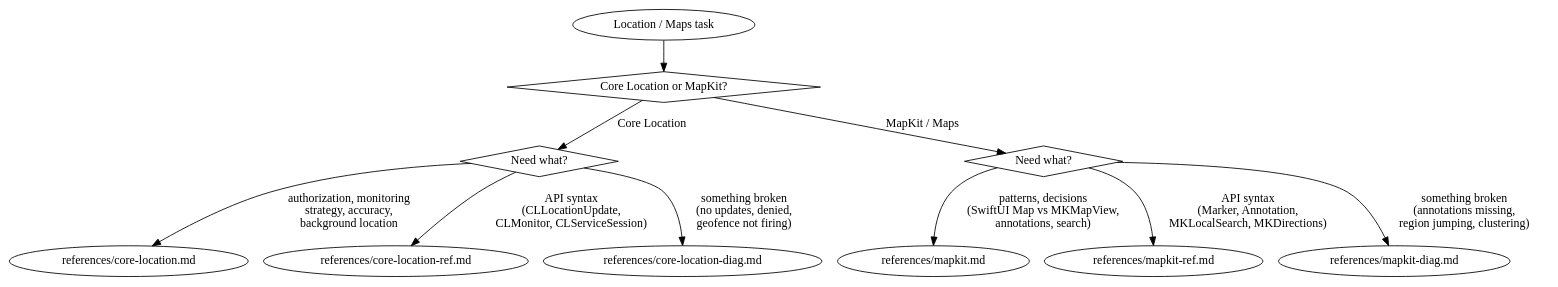
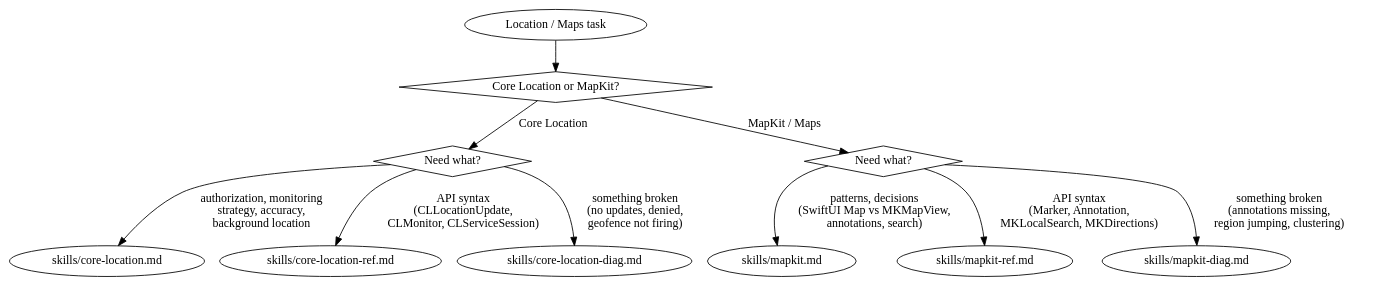
Before and after one commit to CharlesWiltgen/Axiom: the diagram in .claude-plugin/plugins/axiom/skills/axiom-location/SKILL.md, drawn with Graphviz. The commit also changed other lines of this file and 266 other files, not shown here.

First line of the commit message:
refactor(skills): rename references/ to skills/ across all suites

````diff
--- a/.claude-plugin/plugins/axiom/skills/axiom-location/SKILL.md
+++ b/.claude-plugin/plugins/axiom/skills/axiom-location/SKILL.md
@@ -34,21 +34,21 @@
 ```dot
 digraph location {
     start [label="Location / Maps task" shape=ellipse];
     domain [label="Core Location or MapKit?" shape=diamond];
     cl_type [label="Need what?" shape=diamond];
     mk_type [label="Need what?" shape=diamond];
 
     start -> domain;
 
     domain -> cl_type [label="Core Location"];
     domain -> mk_type [label="MapKit / Maps"];
 
-    cl_type -> "references/core-location.md" [label="authorization, monitoring\nstrategy, accuracy,\nbackground location"];
-    cl_type -> "references/core-location-ref.md" [label="API syntax\n(CLLocationUpdate,\nCLMonitor, CLServiceSession)"];
-    cl_type -> "references/core-location-diag.md" [label="something broken\n(no updates, denied,\ngeofence not firing)"];
+    cl_type -> "skills/core-location.md" [label="authorization, monitoring\nstrategy, accuracy,\nbackground location"];
+    cl_type -> "skills/core-location-ref.md" [label="API syntax\n(CLLocationUpdate,\nCLMonitor, CLServiceSession)"];
+    cl_type -> "skills/core-location-diag.md" [label="something broken\n(no updates, denied,\ngeofence not firing)"];
 
-    mk_type -> "references/mapkit.md" [label="patterns, decisions\n(SwiftUI Map vs MKMapView,\nannotations, search)"];
-    mk_type -> "references/mapkit-ref.md" [label="API syntax\n(Marker, Annotation,\nMKLocalSearch, MKDirections)"];
-    mk_type -> "references/mapkit-diag.md" [label="something broken\n(annotations missing,\nregion jumping, clustering)"];
+    mk_type -> "skills/mapkit.md" [label="patterns, decisions\n(SwiftUI Map vs MKMapView,\nannotations, search)"];
+    mk_type -> "skills/mapkit-ref.md" [label="API syntax\n(Marker, Annotation,\nMKLocalSearch, MKDirections)"];
+    mk_type -> "skills/mapkit-diag.md" [label="something broken\n(annotations missing,\nregion jumping, clustering)"];
 }
 ```
````
